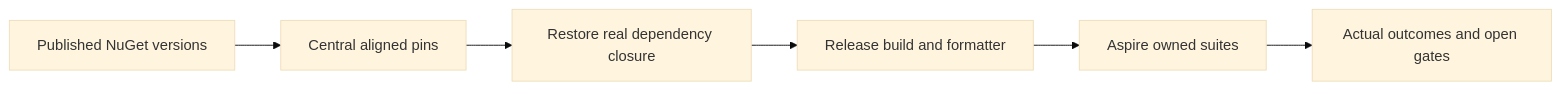
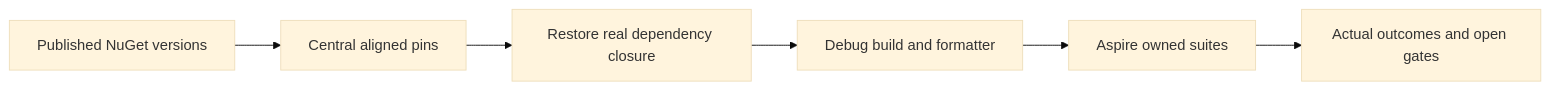
One commit to managedcode/KeyLoad changed the diagram in docs/ADR/ADR-105-published-nuget-upgrade.md. Above: the diagram before and after it, drawn with Mermaid (base theme). The commit also changed other lines of this file and 9 other files, not shown here.

````diff
--- a/docs/ADR/ADR-105-published-nuget-upgrade.md
+++ b/docs/ADR/ADR-105-published-nuget-upgrade.md
@@ -43,8 +43,8 @@
 ```mermaid
 flowchart LR
     Feed[Published NuGet versions] --> Pins[Central aligned pins]
     Pins --> Restore[Restore real dependency closure]
-    Restore --> Build[Release build and formatter]
+    Restore --> Build[Debug build and formatter]
     Build --> Tests[Aspire owned suites]
     Tests --> Receipt[Actual outcomes and open gates]
 ```
````
